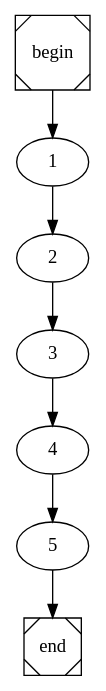
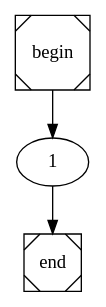
Before and after one commit to TiagooGomess/COMP2021-1B: the diagram in main.dot, drawn with Graphviz. The commit also changed 10 other files, not shown here.

```diff
--- a/main.dot
+++ b/main.dot
@@ -1,4 +1,4 @@
 digraph cfg {
 	begin [shape=Msquare];
 	end [shape=Msquare];
-	begin -> 1;	1 -> 2;	2 -> 3;	3 -> 4;	4 -> 5;	5 -> end;}
+	begin -> 1;	1 -> end;}
```
